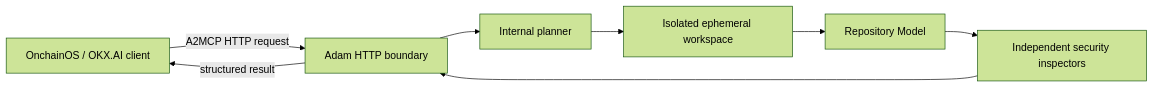
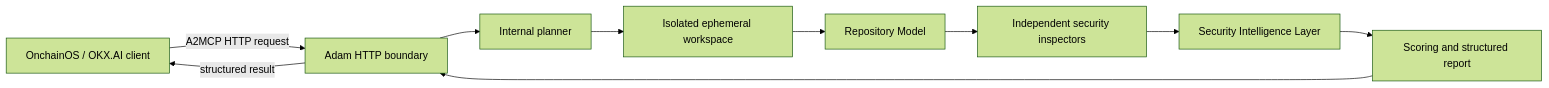
The diagram in README.md (onchaindc/Adam), drawn with Mermaid (forest theme) before and after one commit. The commit also changed other lines of this file and 15 other files, not shown here.

Commit message:
feat: add security intelligence layer

````diff
--- a/README.md
+++ b/README.md
@@ -80,17 +88,21 @@
 ```mermaid
 flowchart LR
     Client["OnchainOS / OKX.AI client"]
     API["Adam HTTP boundary"]
     Planner["Internal planner"]
     Workspace["Isolated ephemeral workspace"]
     RepositoryModel["Repository Model"]
     Inspectors["Independent security inspectors"]
+    Intelligence["Security Intelligence Layer"]
+    Report["Scoring and structured report"]
 
     Client -->|"A2MCP HTTP request"| API
     API --> Planner
     Planner --> Workspace
     Workspace --> RepositoryModel
     RepositoryModel --> Inspectors
-    Inspectors --> API
+    Inspectors --> Intelligence
+    Intelligence --> Report
+    Report --> API
     API -->|"structured result"| Client
 ```
````
